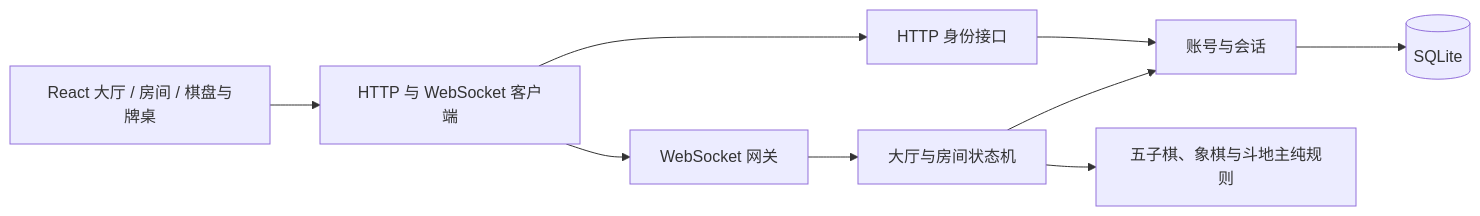
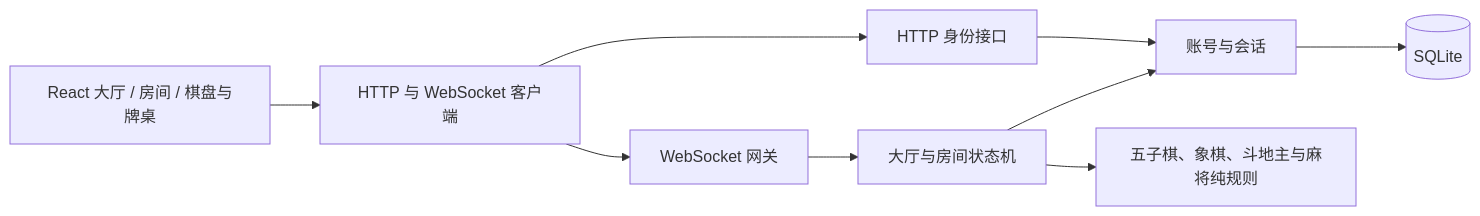
The first of 2 diagrams in docs/ARCHITECTURE.md (Nevermore130/lianzhong-hall), drawn with Mermaid before and after one commit. The commit also changed other lines of this file and 84 other files, not shown here.

````diff
--- a/docs/ARCHITECTURE.md
+++ b/docs/ARCHITECTURE.md
@@ -5,11 +5,11 @@
 ```mermaid
 flowchart LR
   UI[React 大厅 / 房间 / 棋盘与牌桌] --> Client[HTTP 与 WebSocket 客户端]
   Client --> HTTP[HTTP 身份接口]
   Client --> WS[WebSocket 网关]
   HTTP --> Accounts[账号与会话]
   WS --> Hall[大厅与房间状态机]
-  Hall --> Rules[五子棋、象棋与斗地主纯规则]
+  Hall --> Rules[五子棋、象棋、斗地主与麻将纯规则]
   Hall --> Accounts
   Accounts --> DB[(SQLite)]
 ```
````
